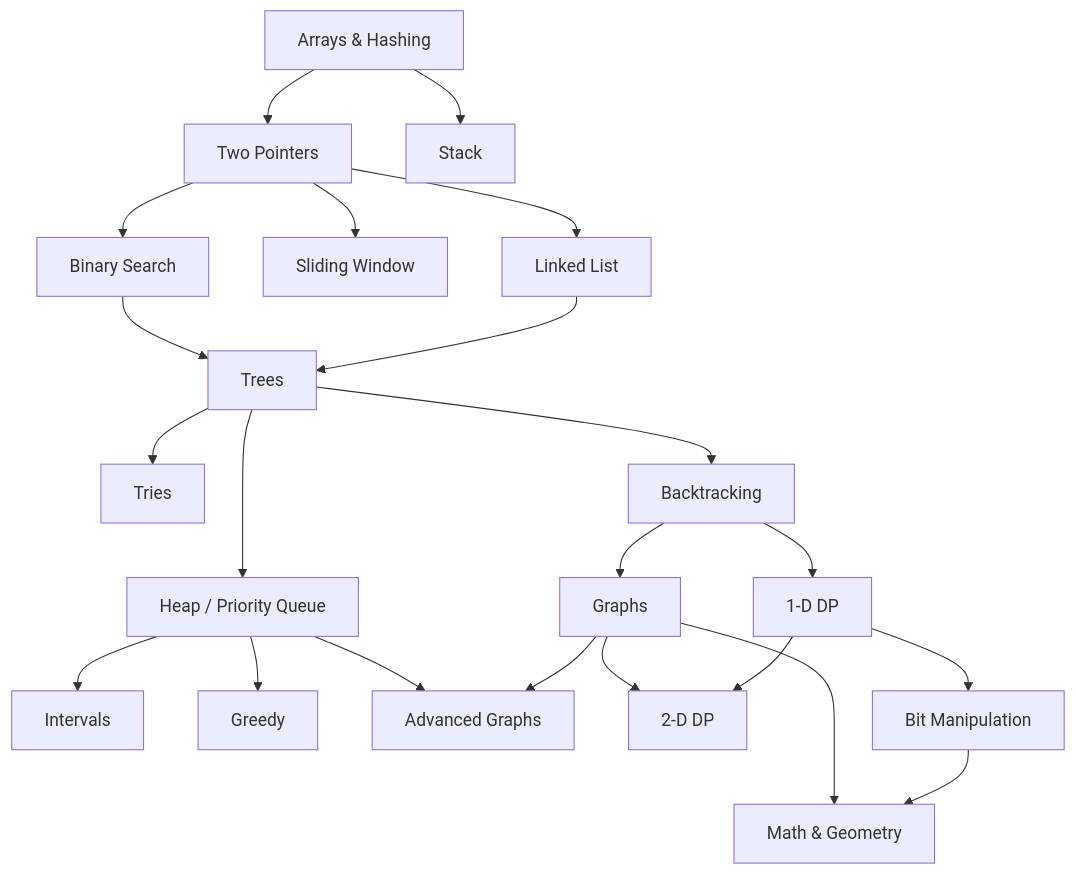
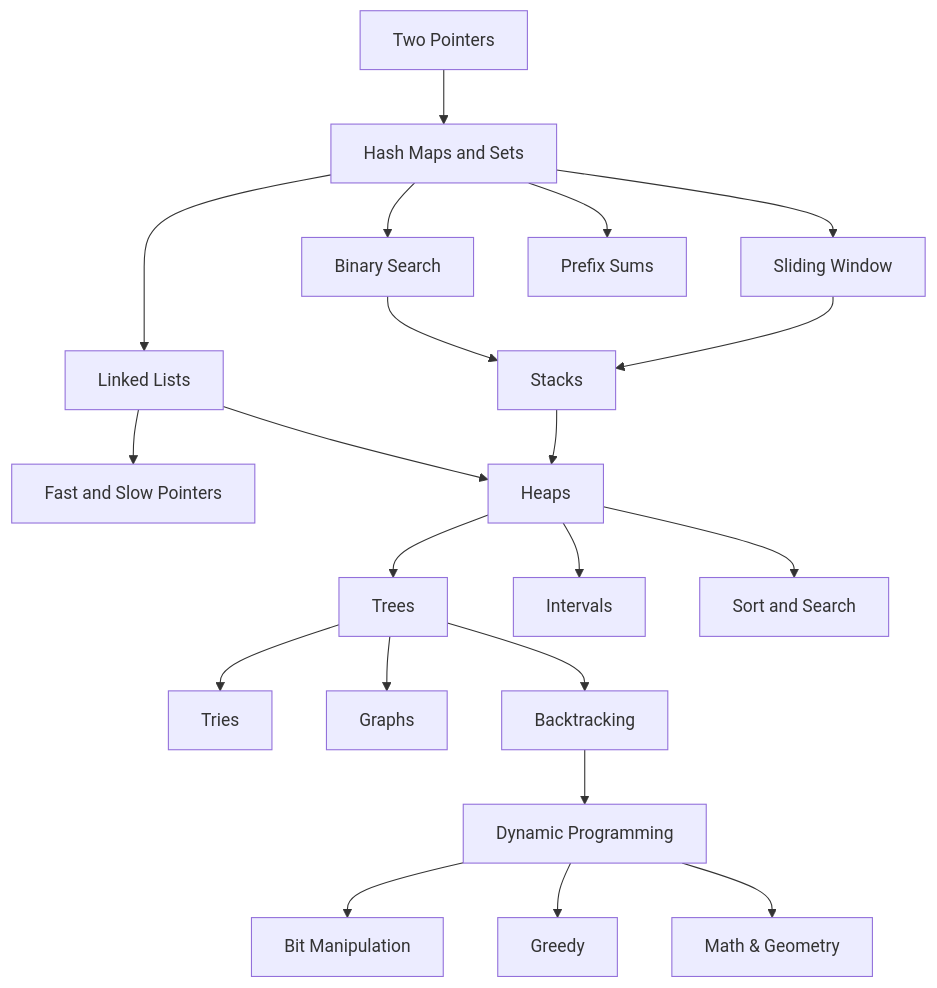
One commit to vqiu25/obsidian-notes changed the diagram in 2 - DSA/DSA Overview.md. Above: the diagram before and after it, drawn with Mermaid. The commit also changed other lines of this file and 42 other files, not shown here.

````diff
--- a/2 - DSA/DSA Overview.md
+++ b/2 - DSA/DSA Overview.md
@@ -13,46 +4,46 @@
 ```mermaid
 graph TD
-  A[Arrays & Hashing]
-  B[Two Pointers]
-  C[Stack]
+  A[Two Pointers]
+  B[Hash Maps and Sets]
+  C[Linked Lists]
   D[Binary Search]
   E[Sliding Window]
-  F[Linked List]
-  G[Trees]
-  H[Tries]
-  I[Heap / Priority Queue]
-  J[Intervals]
-  K[Greedy]
-  L[Advanced Graphs]
-  M[Backtracking]
+  F[Prefix Sums]
+  G[Fast and Slow Pointers]
+  H[Stacks]
+  I[Heaps]
+  J[Trees]
+  K[Intervals]
+  L[Sort and Search]
+  M[Tries]
   N[Graphs]
-  O[1-D DP]
-  P[2-D DP]
+  O[Backtracking]
+  P[Dynamic Programming]
   Q[Bit Manipulation]
-  R[Math & Geometry]
+  R[Greedy]
+  S[Math & Geometry]
 
   A --> B
-  A --> C
+  B --> C
   B --> D
   B --> E
   B --> F
-  D --> G
-  F --> G
-  G --> H
-  G --> I
-  G --> M
+  C --> G
+  C --> I
+  D --> H
+  E --> H
+  H --> I
   I --> J
   I --> K
   I --> L
-  M --> N
-  M --> O
-  N --> L
-  N --> P
-  N --> R
+  J --> M
+  J --> N
+  J --> O
   O --> P
-  O --> Q
-  Q --> R
+  P --> Q
+  P --> R
+  P --> S
 
   %% Attach the internal-link class to nodes
-  class A,B,C,D,E,F,G,H,I,J,K,L,M,N,O,P,Q,R internal-link;
+  class A,B,C,D,E,F,G,H,I,J,K,L,M,N,O,P,Q,R,S internal-link;
 ```
````
